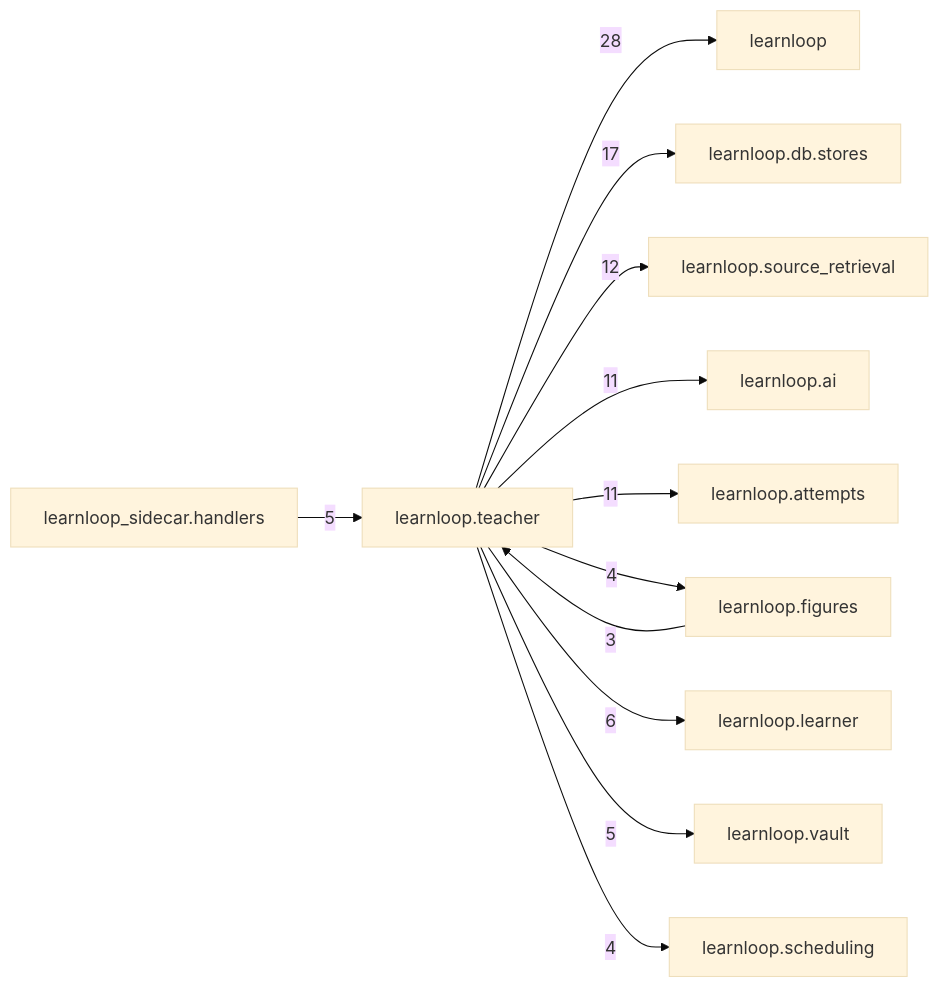
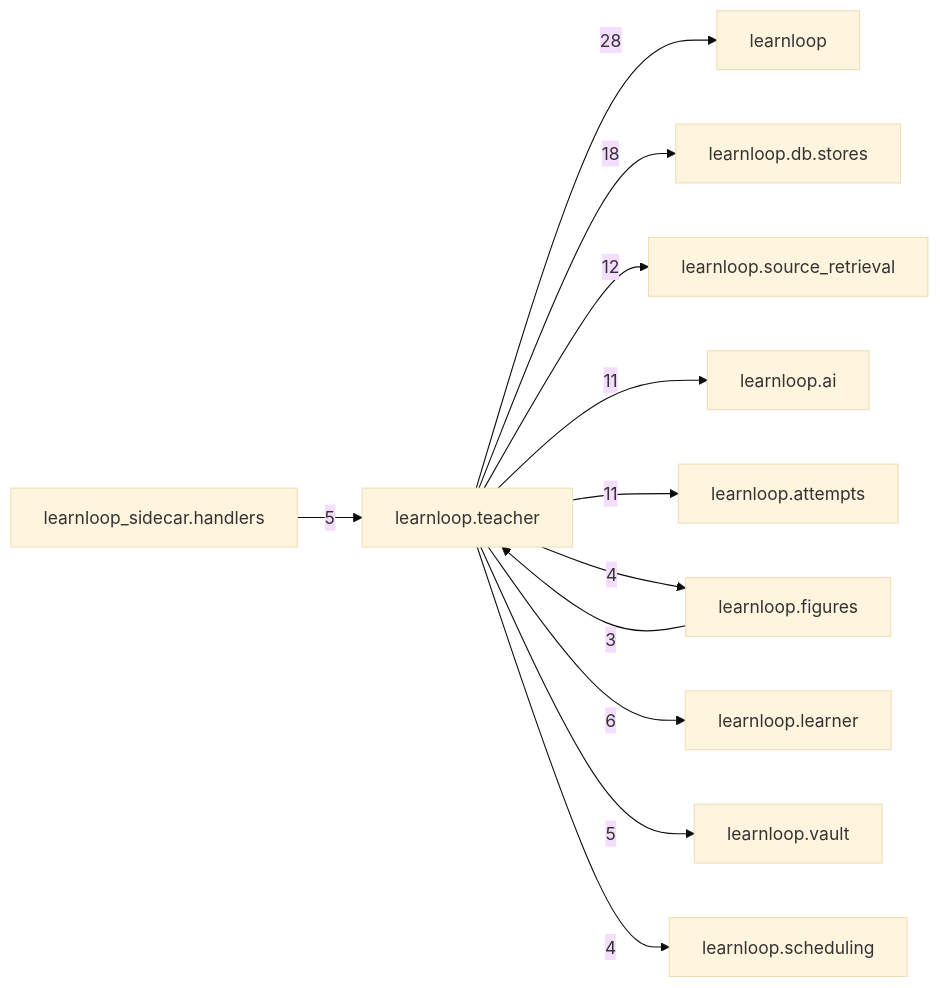
The diagram in docs/learnloop-architecture-vault/Reference/Modules/learnloop/teacher/_package.md (6up-b/learnanything), drawn with Mermaid (base theme) before and after one commit. The commit also changed other lines of this file and 393 other files, not shown here.

````diff
--- a/docs/learnloop-architecture-vault/Reference/Modules/learnloop/teacher/_package.md
+++ b/docs/learnloop-architecture-vault/Reference/Modules/learnloop/teacher/_package.md
@@ -126,25 +128,25 @@
 ```mermaid
 flowchart LR
     center["learnloop.teacher"]
     n_learnloop["learnloop"]
     n_learnloop_db_stores["learnloop.db.stores"]
     n_learnloop_source_retrieval["learnloop.source_retrieval"]
     n_learnloop_ai["learnloop.ai"]
     n_learnloop_attempts["learnloop.attempts"]
     n_learnloop_figures["learnloop.figures"]
     n_learnloop_learner["learnloop.learner"]
     n_learnloop_vault["learnloop.vault"]
     n_learnloop_sidecar_handlers["learnloop_sidecar.handlers"]
     n_learnloop_scheduling["learnloop.scheduling"]
     center -->|28| n_learnloop
-    center -->|17| n_learnloop_db_stores
+    center -->|18| n_learnloop_db_stores
     center -->|12| n_learnloop_source_retrieval
     center -->|11| n_learnloop_ai
     center -->|11| n_learnloop_attempts
     n_learnloop_figures -->|3| center
     center -->|4| n_learnloop_figures
     center -->|6| n_learnloop_learner
     center -->|5| n_learnloop_vault
     n_learnloop_sidecar_handlers -->|5| center
     center -->|4| n_learnloop_scheduling
 ```
````
